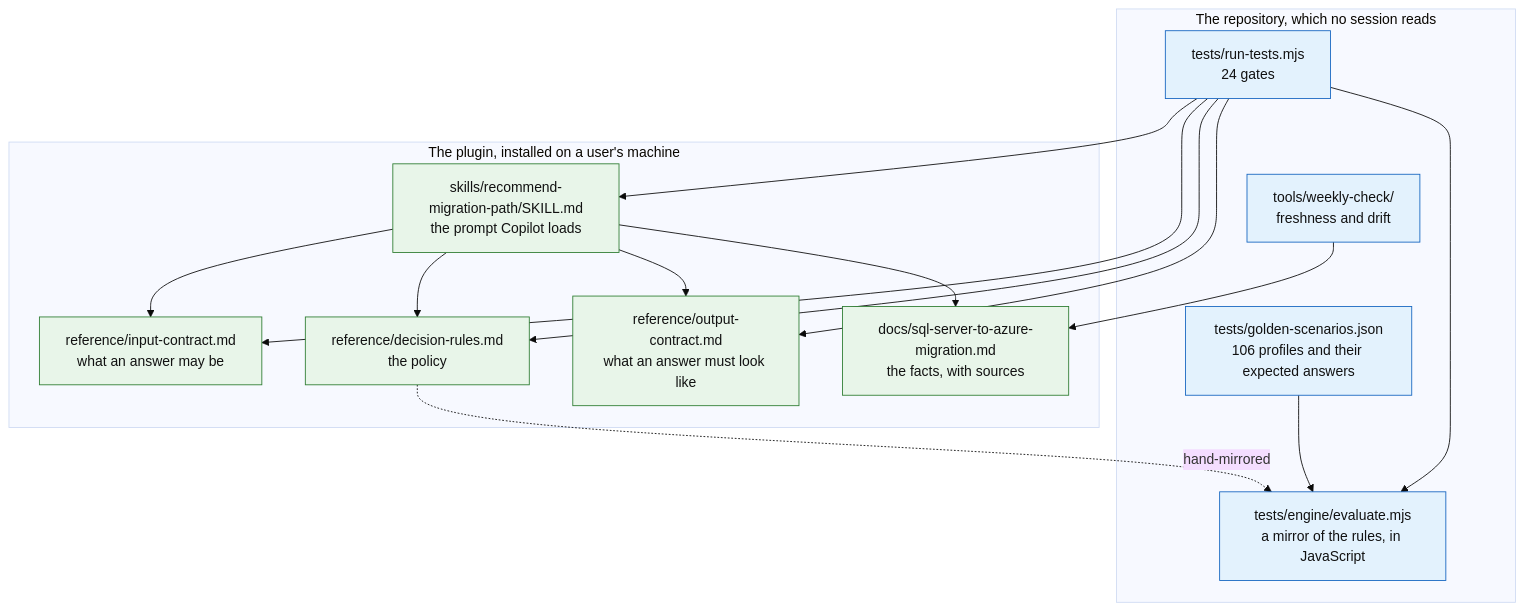
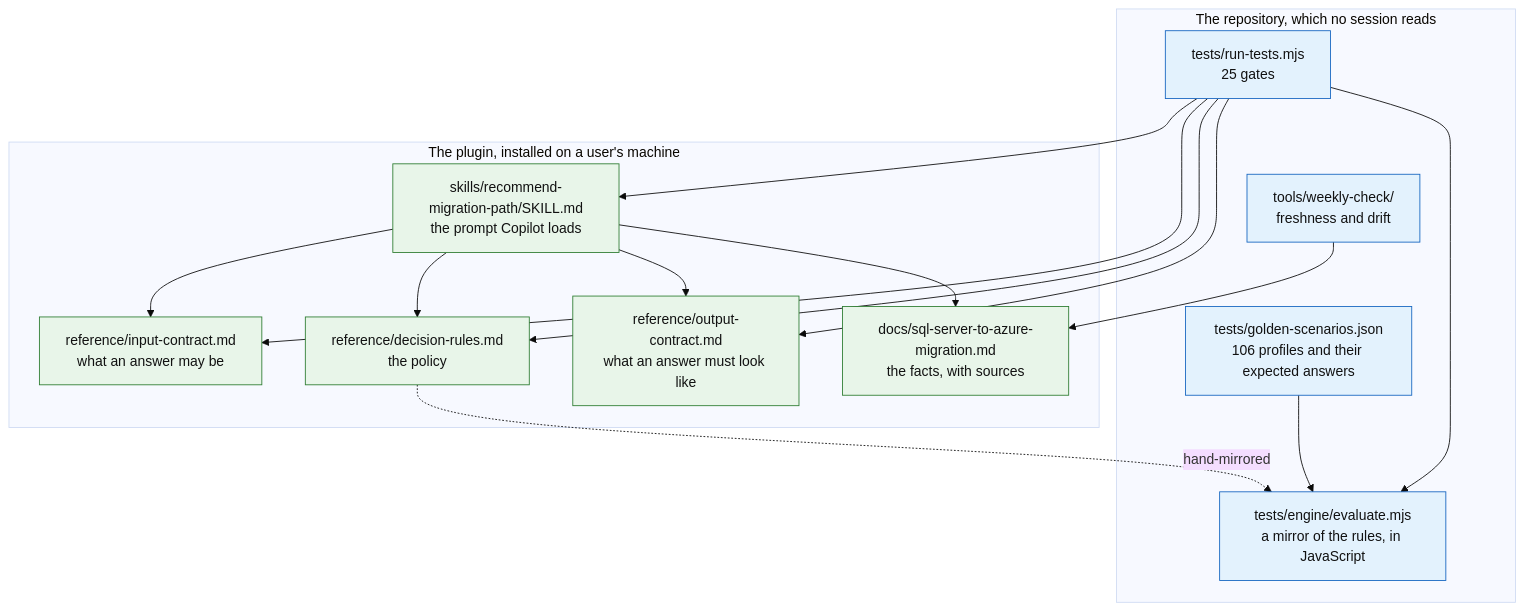
One commit to fredgis/sql-migration-advisor changed the first of 3 diagrams in docs/ARCHITECTURE.md. Above: the diagram before and after it, drawn with Mermaid (base theme). The commit also changed other lines of this file and 9 other files, not shown here.

````diff
--- a/docs/ARCHITECTURE.md
+++ b/docs/ARCHITECTURE.md
@@ -28,35 +28,35 @@
 ```mermaid
 flowchart TD
     subgraph plugin["The plugin, installed on a user's machine"]
       SK["skills/recommend-migration-path/SKILL.md<br/>the prompt Copilot loads"]
       IC["reference/input-contract.md<br/>what an answer may be"]
       DR["reference/decision-rules.md<br/>the policy"]
       OC["reference/output-contract.md<br/>what an answer must look like"]
       KB["docs/sql-server-to-azure-migration.md<br/>the facts, with sources"]
     end
 
     subgraph repo["The repository, which no session reads"]
       EN["tests/engine/evaluate.mjs<br/>a mirror of the rules, in JavaScript"]
       GS["tests/golden-scenarios.json<br/>106 profiles and their expected answers"]
-      GA["tests/run-tests.mjs<br/>24 gates"]
+      GA["tests/run-tests.mjs<br/>25 gates"]
       WK["tools/weekly-check/<br/>freshness and drift"]
     end
 
     SK --> IC
     SK --> DR
     SK --> OC
     SK --> KB
     DR -.->|hand-mirrored| EN
     GS --> EN
     GA --> EN
     GA --> SK
     GA --> IC
     GA --> DR
     GA --> OC
     WK --> KB
 
     classDef live fill:#e8f5e9,stroke:#2e7d32,color:#111
     classDef test fill:#e3f2fd,stroke:#1565c0,color:#111
     class SK,IC,DR,OC,KB live
     class EN,GS,GA,WK test
 ```
````
